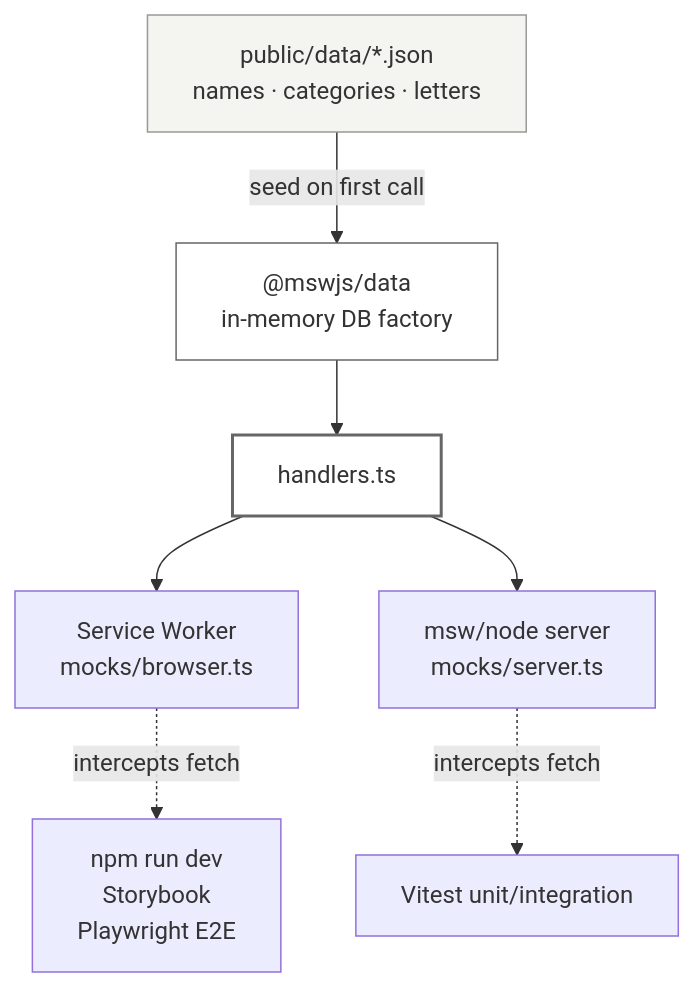
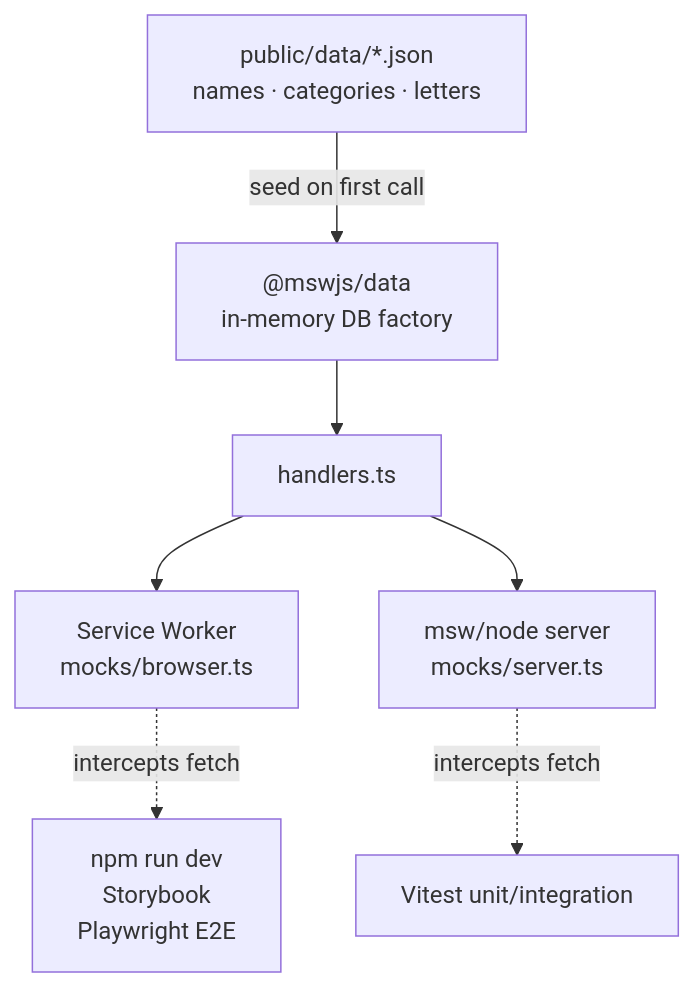
One commit to spencerjireh/react-fed-test-task changed the first of 2 diagrams in README.md. Above: the diagram before and after it, drawn with Mermaid. The commit also changed other lines of this file and 12 other files, not shown here.

````diff
--- a/README.md
+++ b/README.md
@@ -59,19 +55,15 @@
 ```mermaid
 flowchart TB
     JSON[public/data/*.json<br/>names · categories · letters]
     DB["@mswjs/data<br/>in-memory DB factory"]
     H[handlers.ts]
 
     JSON -->|seed on first call| DB
     DB --> H
 
     H --> SW[Service Worker<br/>mocks/browser.ts]
     H --> Node[msw/node server<br/>mocks/server.ts]
 
     SW -.intercepts fetch.-> Dev[npm run dev<br/>Storybook<br/>Playwright E2E]
     Node -.intercepts fetch.-> Vitest[Vitest unit/integration]
-
-    style JSON fill:#f4f4f0,stroke:#999
-    style DB fill:#fff,stroke:#666
-    style H fill:#fff,stroke:#666,stroke-width:2px
 ```
````
